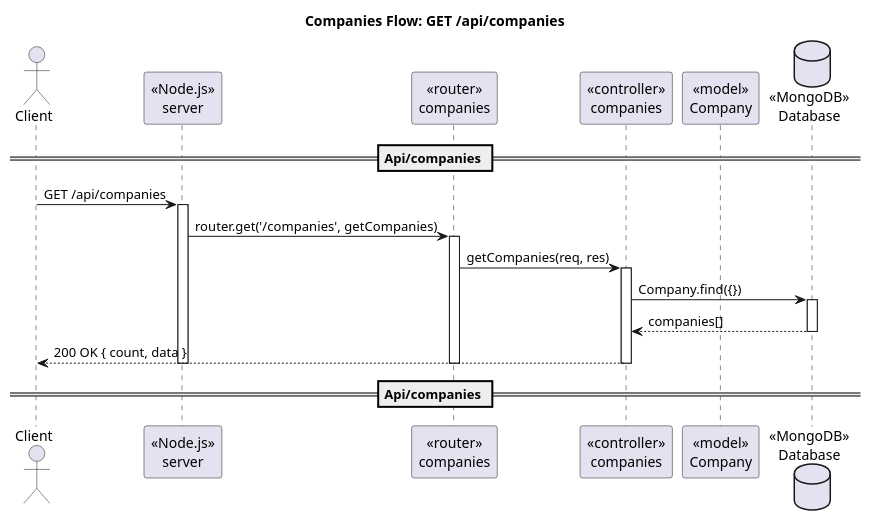
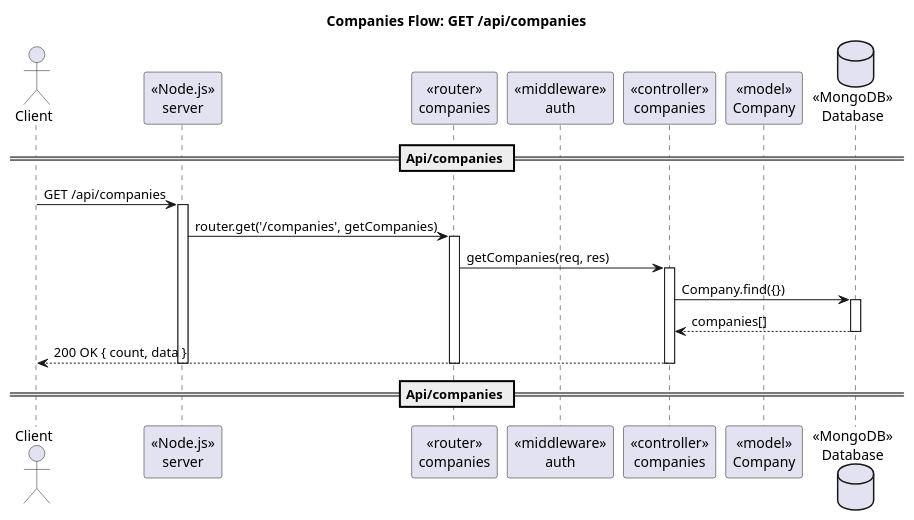
Before and after one commit to 098ff/ArtmaybeDEV: the diagram in docs/diagram/sequence/seq_companies_get.puml, drawn with PlantUML. The commit also changed 27 other files, not shown here.

```diff
--- a/docs/diagram/sequence/seq_companies_get.puml
+++ b/docs/diagram/sequence/seq_companies_get.puml
@@ -1,26 +1,27 @@
 @startuml
 title Companies Flow: GET /api/companies
 actor Client
 participant "«Node.js»\nserver" as Server
 participant "«router»\ncompanies" as Router
+participant "«middleware»\nauth" as AuthMW
 participant "«controller»\ncompanies" as Ctrl
 participant "«model»\nCompany" as CompanyModel
 database "«MongoDB»\nDatabase" as DB
 
 == Api/companies ==
 Client -> Server : GET /api/companies
 activate Server
 Server -> Router : router.get('/companies', getCompanies)
 activate Router
 Router -> Ctrl : getCompanies(req, res)
 activate Ctrl
 Ctrl -> DB : Company.find({})
 activate DB
 DB --> Ctrl : companies[]
 deactivate DB
 Ctrl --> Client : 200 OK { count, data }
 deactivate Ctrl
 deactivate Router
 deactivate Server
 == Api/companies ==
 @enduml
```
